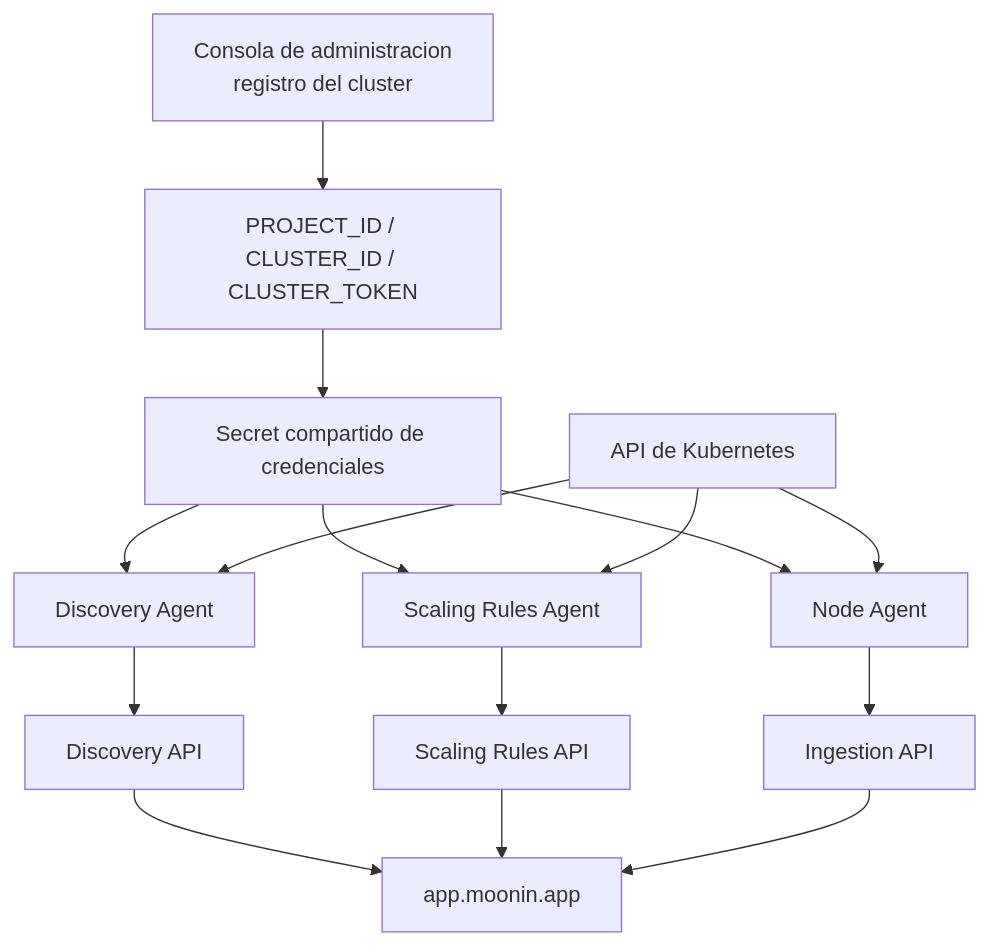
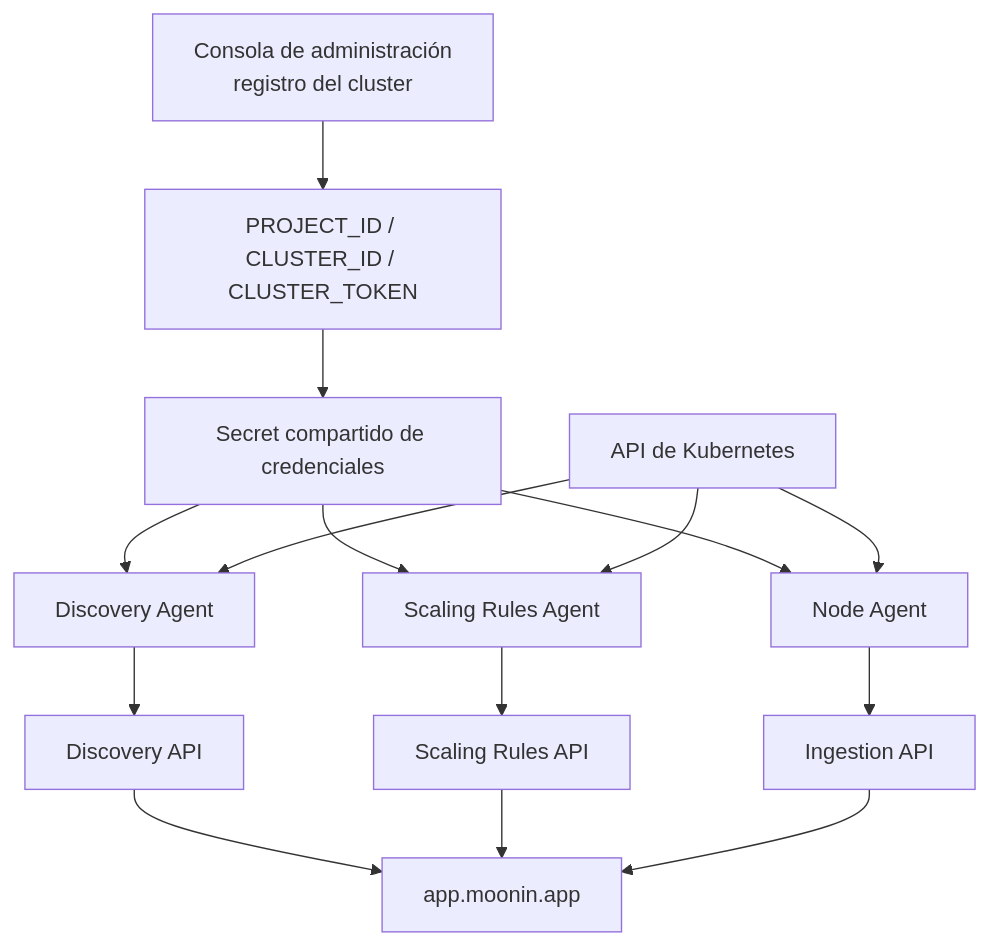
The diagram in src/content/docs/es/agent/index.md (Moonin-Lab/Moonin-Docs), drawn with Mermaid before and after one commit. The commit also changed other lines of this file and 84 other files, not shown here.

````diff
--- a/src/content/docs/es/agent/index.md
+++ b/src/content/docs/es/agent/index.md
@@ -26,17 +26,17 @@
 ```mermaid
 graph TD
-    A[Consola de administracion<br/>registro del cluster] --> B[PROJECT_ID / CLUSTER_ID / CLUSTER_TOKEN]
+    A[Consola de administración<br/>registro del cluster] --> B[PROJECT_ID / CLUSTER_ID / CLUSTER_TOKEN]
     B --> C[Secret compartido de credenciales]
     C --> D[Discovery Agent]
     C --> E[Scaling Rules Agent]
     C --> F[Node Agent]
     K[API de Kubernetes] --> D
     K --> E
     K --> F
     D --> G[Discovery API]
     E --> H[Scaling Rules API]
     F --> J[Ingestion API]
     G --> I[app.moonin.app]
     H --> I
     J --> I
 ```
````
